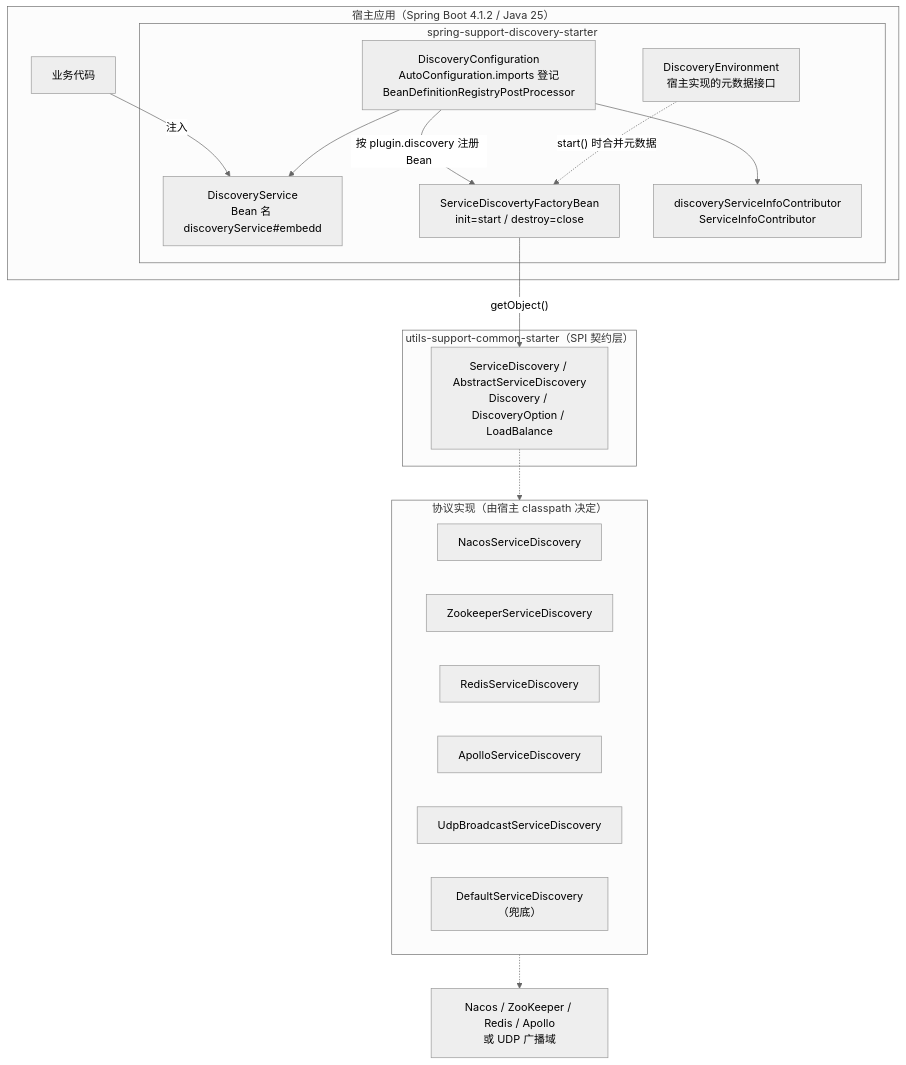
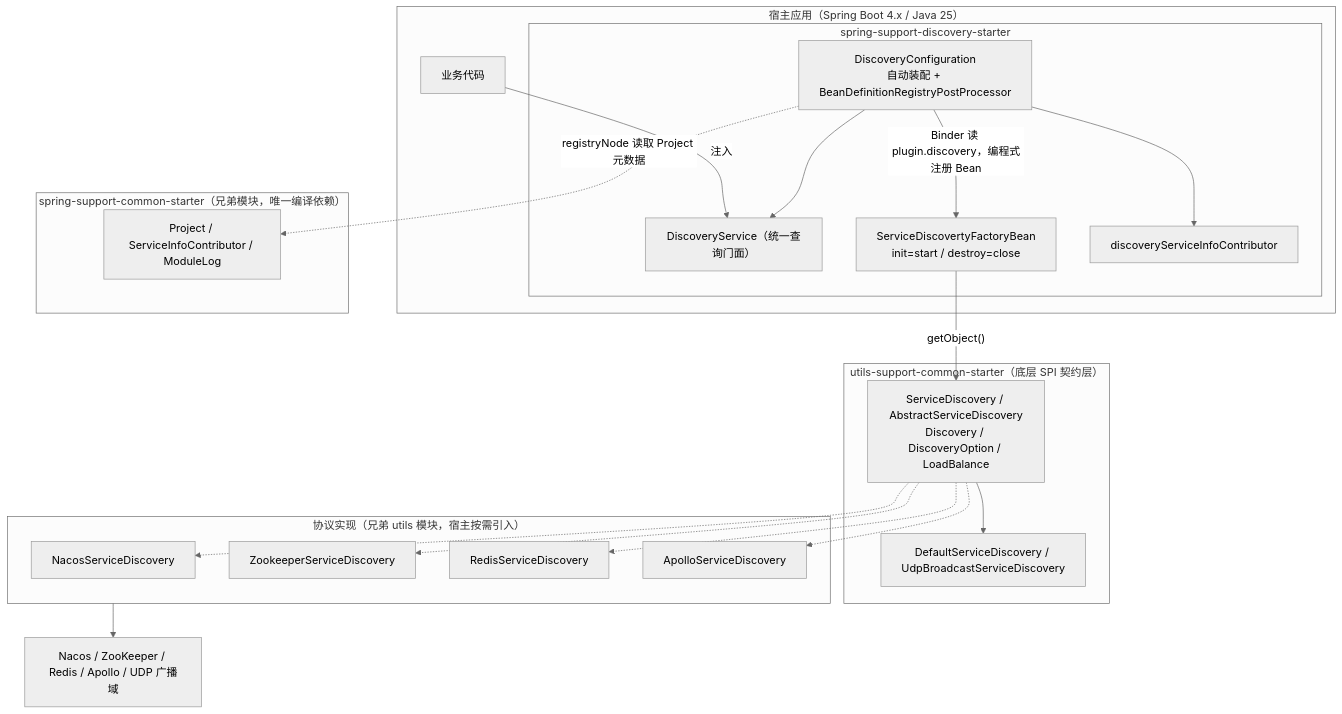
Before and after one commit to CHTK001/spring-support-parent-starter: the first of 2 diagrams in spring-support-discovery-starter/README.md, drawn with Mermaid (neutral theme). The commit also changed other lines of this file and 54 other files, not shown here.

````diff
--- a/spring-support-discovery-starter/README.md
+++ b/spring-support-discovery-starter/README.md
@@ -9,33 +7,35 @@
 ```mermaid
 flowchart TB
-    subgraph host["宿主应用（Spring Boot 4.1.2 / Java 25）"]
+    subgraph host["宿主应用（Spring Boot 4.x / Java 25）"]
         biz["业务代码"]
         subgraph mod["spring-support-discovery-starter"]
-            cfg["DiscoveryConfiguration<br/>AutoConfiguration.imports 登记<br/>BeanDefinitionRegistryPostProcessor"]
-            face["DiscoveryService<br/>Bean 名 discoveryService#embedd"]
+            cfg["DiscoveryConfiguration<br/>自动装配 + BeanDefinitionRegistryPostProcessor"]
+            ds["DiscoveryService（统一查询门面）"]
             fb["ServiceDiscovertyFactoryBean<br/>init=start / destroy=close"]
-            env["DiscoveryEnvironment<br/>宿主实现的元数据接口"]
-            info["discoveryServiceInfoContributor<br/>ServiceInfoContributor"]
+            sic["discoveryServiceInfoContributor"]
         end
     end
-    subgraph utils["utils-support-common-starter（SPI 契约层）"]
+    subgraph common["spring-support-common-starter（兄弟模块，唯一编译依赖）"]
+        prj["Project / ServiceInfoContributor / ModuleLog"]
+    end
+    subgraph utils["utils-support-common-starter（底层 SPI 契约层）"]
         spi["ServiceDiscovery / AbstractServiceDiscovery<br/>Discovery / DiscoveryOption / LoadBalance"]
+        def["DefaultServiceDiscovery / UdpBroadcastServiceDiscovery"]
     end
-    subgraph impl["协议实现（由宿主 classpath 决定）"]
+    subgraph impl["协议实现（兄弟 utils 模块，宿主按需引入）"]
         nacos["NacosServiceDiscovery"]
         zk["ZookeeperServiceDiscovery"]
         redis["RedisServiceDiscovery"]
         apollo["ApolloServiceDiscovery"]
-        udp["UdpBroadcastServiceDiscovery"]
-        def["DefaultServiceDiscovery（兜底）"]
     end
-    centers["Nacos / ZooKeeper / Redis / Apollo<br/>或 UDP 广播域"]
-    biz -->|"注入"| face
-    cfg -->|"按 plugin.discovery 注册 Bean"| fb
-    cfg --> face
-    cfg --> info
-    env -.->|"start() 时合并元数据"| fb
+    centers["Nacos / ZooKeeper / Redis / Apollo / UDP 广播域"]
+    biz -->|"注入"| ds
+    cfg -->|"Binder 读 plugin.discovery，编程式注册 Bean"| fb
+    cfg --> ds
+    cfg --> sic
+    cfg -.->|"registryNode 读取 Project 元数据"| prj
     fb -->|"getObject()"| spi
-    spi -.-> impl
-    impl -.-> centers
+    spi --> def
+    spi -.-> nacos & zk & redis & apollo
+    impl --> centers
 ```
````
